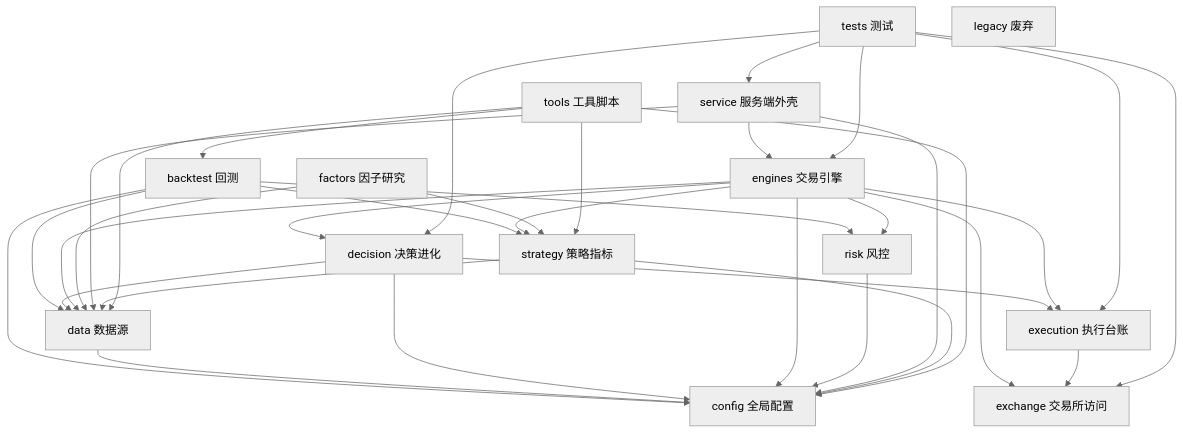
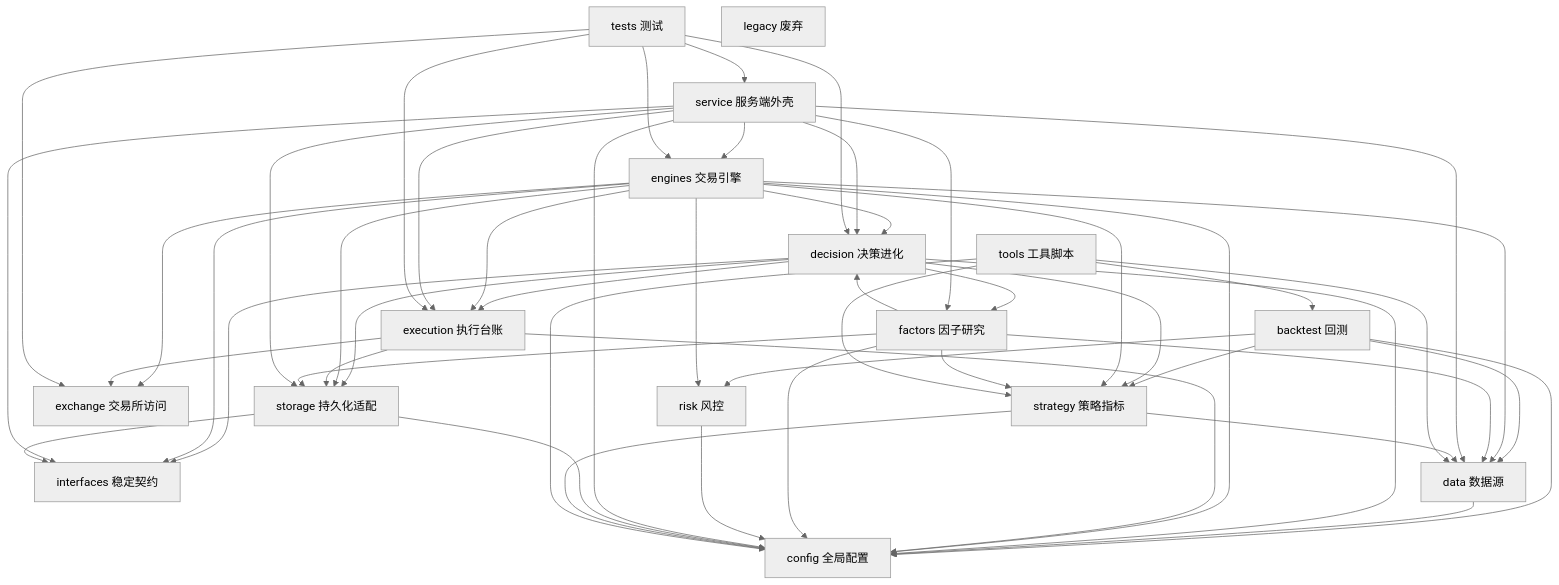
The diagram in docs/architecture/code_graph.md (Turbo-Harry/crypto-agent), drawn with Mermaid (neutral theme) before and after one commit. The commit also changed other lines of this file and 38 other files, not shown here.

````diff
--- a/docs/architecture/code_graph.md
+++ b/docs/architecture/code_graph.md
@@ -17,50 +17,69 @@
 ```mermaid
 flowchart TD
     service["service 服务端外壳"]
     engines["engines 交易引擎"]
     decision["decision 决策进化"]
     execution["execution 执行台账"]
+    storage["storage 持久化适配"]
+    interfaces["interfaces 稳定契约"]
     exchange["exchange 交易所访问"]
     factors["factors 因子研究"]
     tools["tools 工具脚本"]
     data["data 数据源"]
     strategy["strategy 策略指标"]
     risk["risk 风控"]
     backtest["backtest 回测"]
     tests["tests 测试"]
     config["config 全局配置"]
     legacy["legacy 废弃"]
     backtest --> config
     backtest --> data
     backtest --> risk
     backtest --> strategy
     data --> config
     decision --> config
-    decision --> data
     decision --> execution
+    decision --> factors
+    decision --> interfaces
+    decision --> storage
+    decision --> strategy
     engines --> config
     engines --> data
     engines --> decision
     engines --> exchange
     engines --> execution
+    engines --> interfaces
     engines --> risk
+    engines --> storage
     engines --> strategy
+    execution --> config
     execution --> exchange
+    execution --> storage
+    factors --> config
     factors --> data
+    factors --> decision
+    factors --> storage
     factors --> strategy
     risk --> config
     service --> config
     service --> data
+    service --> decision
     service --> engines
+    service --> execution
+    service --> factors
+    service --> interfaces
+    service --> storage
+    storage --> config
+    storage --> interfaces
     strategy --> config
     strategy --> data
     tests --> decision
     tests --> engines
     tests --> exchange
     tests --> execution
     tests --> service
     tools --> backtest
     tools --> config
     tools --> data
     tools --> strategy
 ```
````
